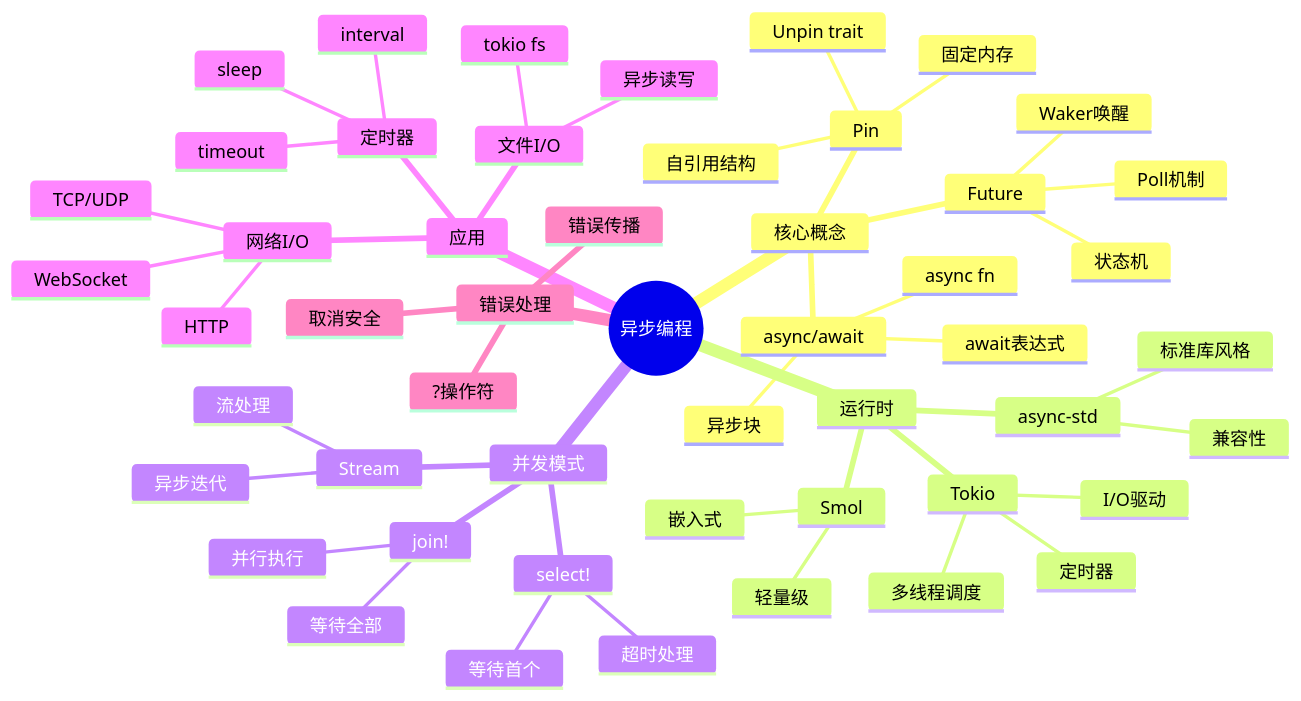
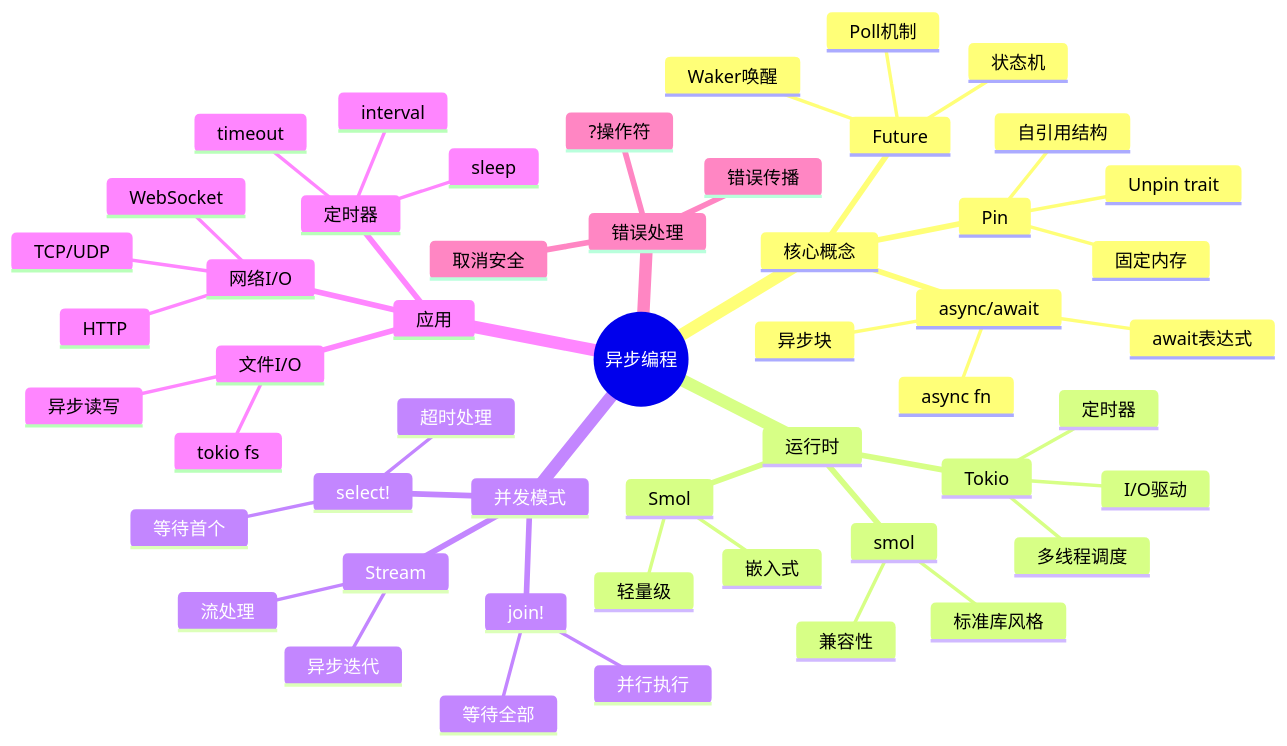
One commit to martin-ly/rust-lang changed the eighth of 19 diagrams in docs/04_thinking/04_mind_map_collection.md. Above: the diagram before and after it, drawn with Mermaid. The commit also changed other lines of this file and 1463 other files, not shown here.

````diff
--- a/docs/04_thinking/04_mind_map_collection.md
+++ b/docs/04_thinking/04_mind_map_collection.md
@@ -482,54 +482,54 @@
 ```mermaid
 mindmap
   root((异步编程))
     核心概念
       Future
         Poll机制
         Waker唤醒
         状态机
       async/await
         async fn
         await表达式
         异步块
       Pin
         固定内存
         自引用结构
         Unpin trait
     运行时
       Tokio
         多线程调度
         I/O驱动
         定时器
-      async-std
+      smol
         标准库风格
         兼容性
       Smol
         轻量级
         嵌入式
     并发模式
       join!
         等待全部
         并行执行
       select!
         等待首个
         超时处理
       Stream
         异步迭代
         流处理
     应用
       网络I/O
         TCP/UDP
         HTTP
         WebSocket
       文件I/O
         tokio fs
         异步读写
       定时器
         sleep
         interval
         timeout
     错误处理
       ?操作符
       错误传播
       取消安全
 ```
````
